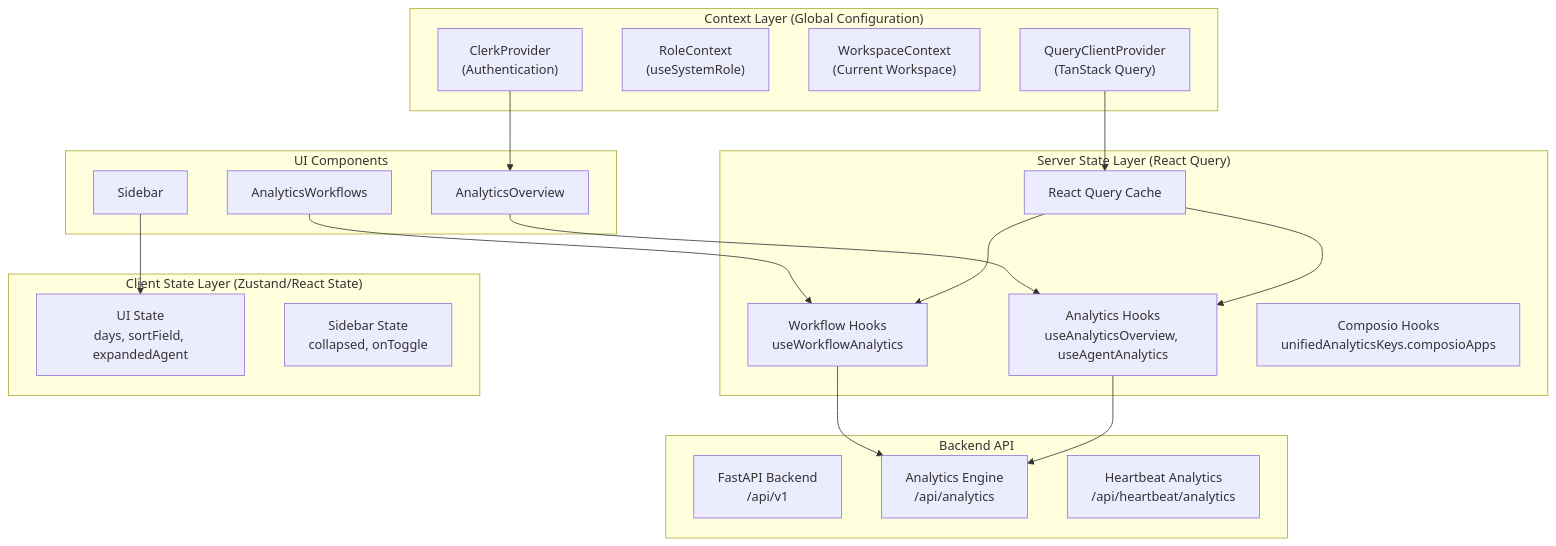
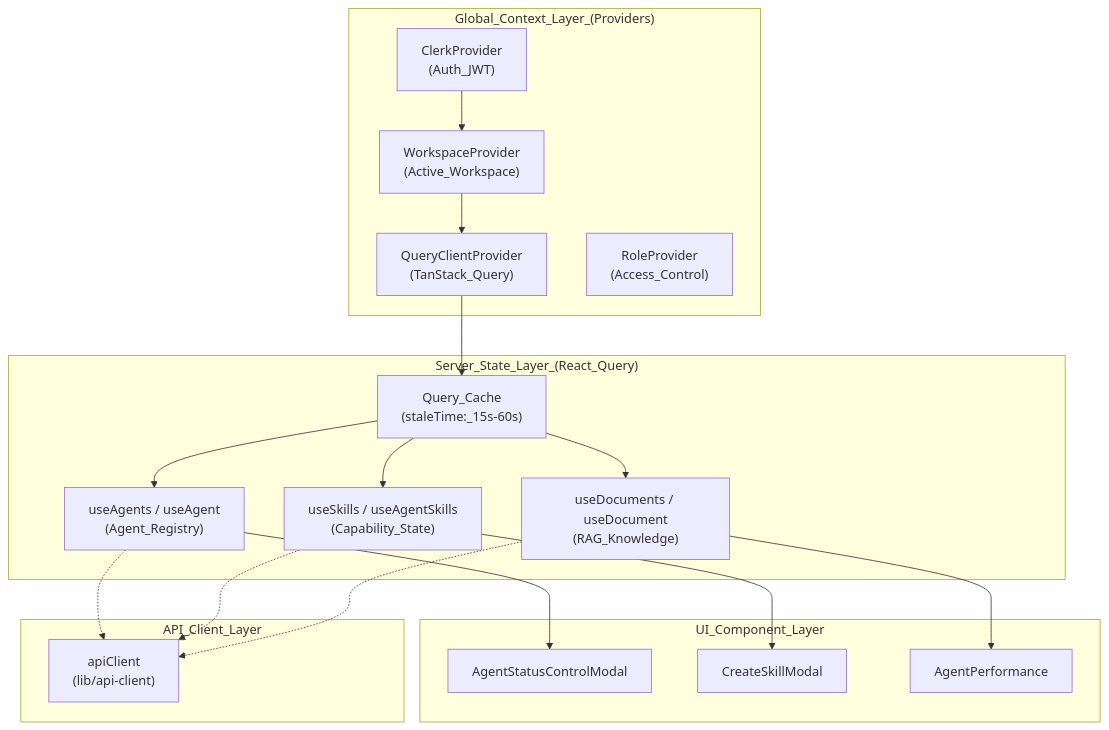
The first of 2 diagrams in docs/frontend-architecture/state-management.md (AutomatosAI/automatos-ai), drawn with Mermaid before and after one commit. The commit also changed other lines of this file and 153 other files, not shown here.

````diff
--- a/docs/frontend-architecture/state-management.md
+++ b/docs/frontend-architecture/state-management.md
@@ -48,45 +34,41 @@
 ```mermaid
 graph TB
-    subgraph "Context Layer (Global Configuration)"
-        ClerkProvider["ClerkProvider<br/>(Authentication)"]
-        RoleContext["RoleContext<br/>(useSystemRole)"]
-        WorkspaceContext["WorkspaceContext<br/>(Current Workspace)"]
-        QueryClientProvider["QueryClientProvider<br/>(TanStack Query)"]
+    subgraph "Global_Context_Layer_(Providers)"
+        Clerk["ClerkProvider<br/>(Auth_JWT)"]
+        Workspaces["WorkspaceProvider<br/>(Active_Workspace)"]
+        QueryProv["QueryClientProvider<br/>(TanStack_Query)"]
+        Roles["RoleProvider<br/>(Access_Control)"]
     end
     
-    subgraph "Server State Layer (React Query)"
-        QueryCache["React Query Cache"]
-        AnalyticsQueries["Analytics Hooks<br/>useAnalyticsOverview, useAgentAnalytics"]
-        WorkflowQueries["Workflow Hooks<br/>useWorkflowAnalytics"]
-        ComposioQueries["Composio Hooks<br/>unifiedAnalyticsKeys.composioApps"]
+    subgraph "Server_State_Layer_(React_Query)"
+        AgentHooks["useAgents / useAgent<br/>(Agent_Registry)"]
+        SkillHooks["useSkills / useAgentSkills<br/>(Capability_State)"]
+        DocHooks["useDocuments / useDocument<br/>(RAG_Knowledge)"]
+        Cache["Query_Cache<br/>(staleTime:_15s-60s)"]
     end
     
-    subgraph "Client State Layer (Zustand/React State)"
-        UIState["UI State<br/>days, sortField, expandedAgent"]
-        SidebarState["Sidebar State<br/>collapsed, onToggle"]
+    subgraph "UI_Component_Layer"
+        AgentModal["AgentStatusControlModal"]
+        SkillModal["CreateSkillModal"]
+        Performance["AgentPerformance"]
     end
+
+    subgraph "API_Client_Layer"
+        API["apiClient<br/>(lib/api-client)"]
+    end
+
+    Clerk --> Workspaces
+    Workspaces --> QueryProv
+    QueryProv --> Cache
+    Cache --> AgentHooks
+    Cache --> SkillHooks
+    Cache --> DocHooks
     
-    subgraph "Backend API"
-        FastAPI["FastAPI Backend<br/>/api/v1"]
-        AnalyticsAPI["Analytics Engine<br/>/api/analytics"]
-        HeartbeatAPI["Heartbeat Analytics<br/>/api/heartbeat/analytics"]
-    end
+    AgentHooks --> AgentModal
+    SkillHooks --> SkillModal
+    DocHooks --> Performance
     
-    subgraph "UI Components"
-        AnalyticsOverview["AnalyticsOverview"]
-        AnalyticsWorkflows["AnalyticsWorkflows"]
-        Sidebar["Sidebar"]
-    end
-    
-    ClerkProvider --> AnalyticsOverview
-    QueryClientProvider --> QueryCache
-    QueryCache --> AnalyticsQueries
-    QueryCache --> WorkflowQueries
-    
-    AnalyticsQueries --> AnalyticsAPI
-    WorkflowQueries --> AnalyticsAPI
-    
-    AnalyticsOverview --> AnalyticsQueries
-    AnalyticsWorkflows --> WorkflowQueries
-    Sidebar --> UIState
+    AgentHooks -.-> API
+    SkillHooks -.-> API
+    DocHooks -.-> API
 ```
````
